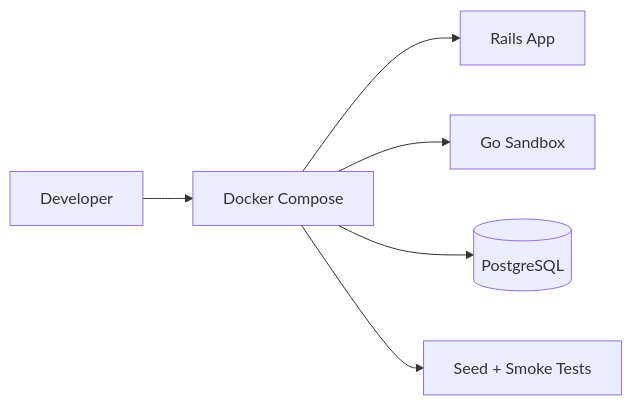
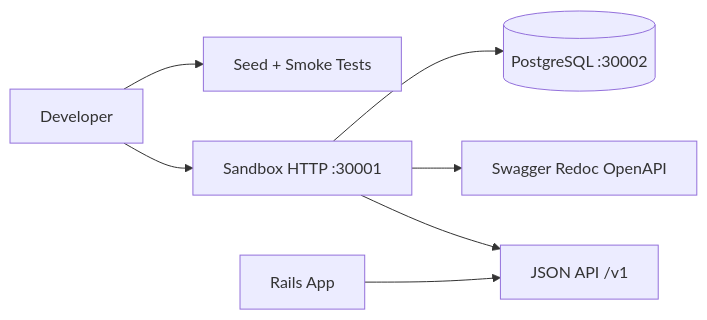
One commit to angelpixel-core/payment-platform changed the diagram in docs/epics/001-payment-sandbox-integration-mvp/stories/06-local-dev-setup/README.md. Above: the diagram before and after it, drawn with Mermaid. The commit also changed other lines of this file and 1 other file, not shown here.

Commit message:
docs(payment-sandbox): track unified http documentation

````diff
--- a/docs/epics/001-payment-sandbox-integration-mvp/stories/06-local-dev-setup/README.md
+++ b/docs/epics/001-payment-sandbox-integration-mvp/stories/06-local-dev-setup/README.md
@@ -53,8 +56,9 @@
 ```mermaid
 flowchart LR
-    Dev[Developer] --> DC[Docker Compose]
-    DC --> Rails[Rails App]
-    DC --> Go[Go Sandbox]
-    DC --> PG[(PostgreSQL)]
-    DC --> RT[Seed + Smoke Tests]
+    Dev[Developer] --> HTTP[Sandbox HTTP :30001]
+    HTTP --> API[JSON API /v1]
+    HTTP --> Docs[Swagger Redoc OpenAPI]
+    HTTP --> PG[(PostgreSQL :30002)]
+    Dev --> RT[Seed + Smoke Tests]
+    Rails[Rails App] --> API
 ```
````
